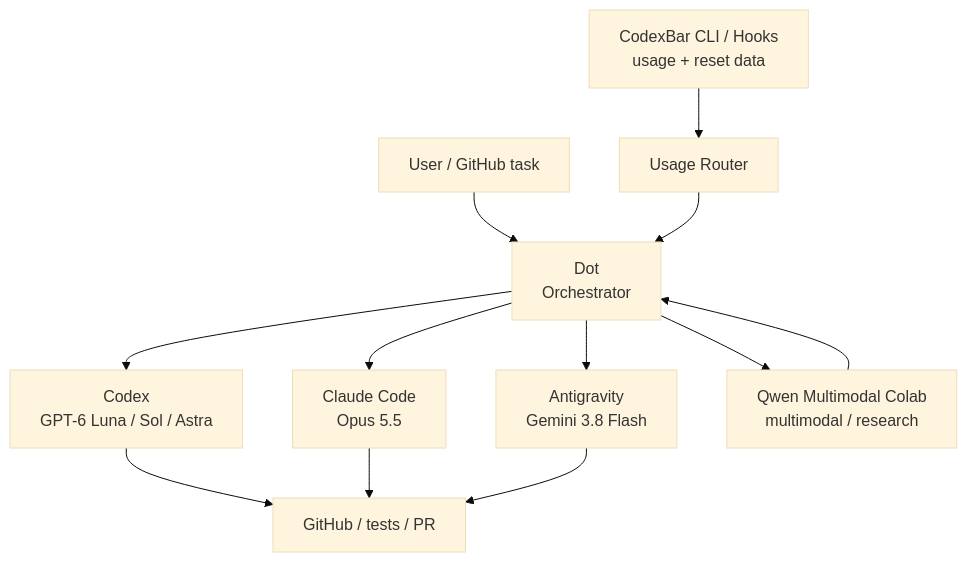
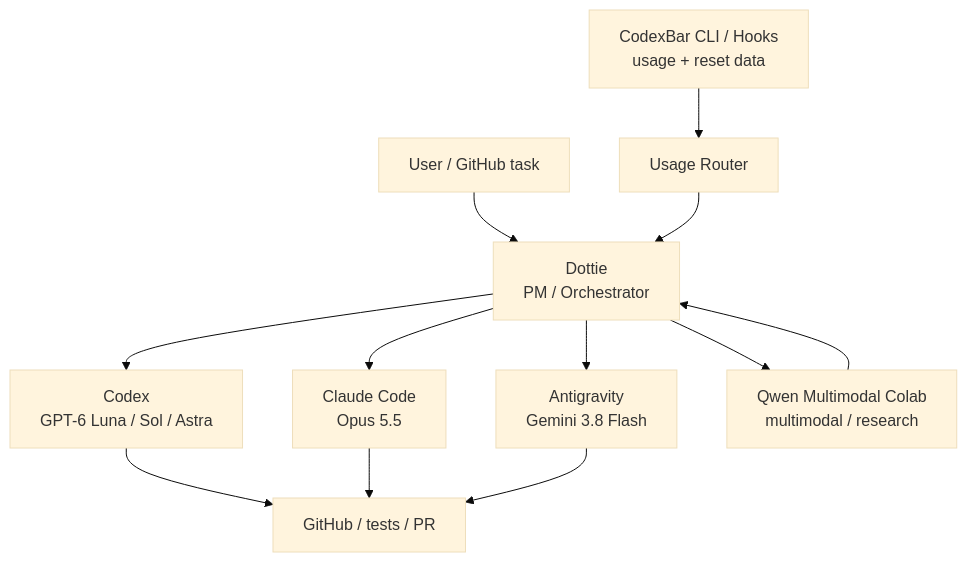
One commit to moruku36/multi-ai-workflow changed the diagram in docs/dots-codexbar-orchestration.md. Above: the diagram before and after it, drawn with Mermaid (base theme). The commit also changed other lines of this file and 4 other files, not shown here.

````diff
--- a/docs/dots-codexbar-orchestration.md
+++ b/docs/dots-codexbar-orchestration.md
@@ -9,16 +18,16 @@
 ```mermaid
 flowchart TD
-    U["User / GitHub task"] --> D["Dot<br/>Orchestrator"]
+    U["User / GitHub task"] --> D["Dottie<br/>PM / Orchestrator"]
     CB["CodexBar CLI / Hooks<br/>usage + reset data"] --> R["Usage Router"]
     R --> D
 
     D --> C["Codex<br/>GPT-6 Luna / Sol / Astra"]
     D --> CL["Claude Code<br/>Opus 5.5"]
     D --> A["Antigravity<br/>Gemini 3.8 Flash"]
     D --> Q["Qwen Multimodal Colab<br/>multimodal / research"]
 
     C --> G["GitHub / tests / PR"]
     CL --> G
     A --> G
     Q --> D
 ```
````
